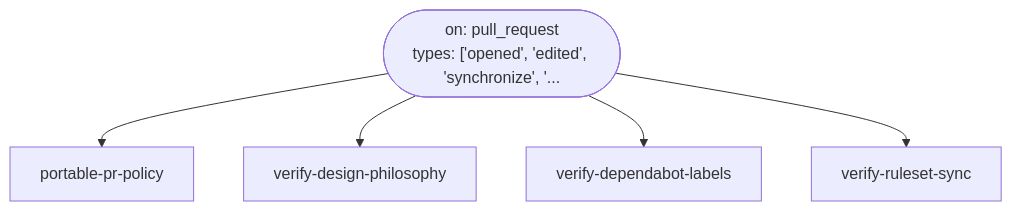
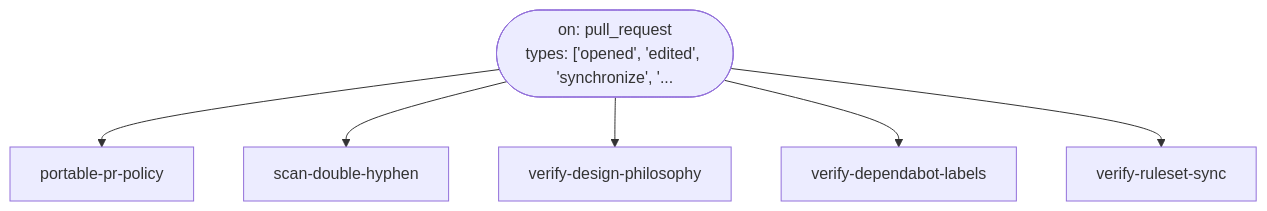
One commit to tvna/claude-md changed the diagram in docs/generated/workflows/verify-pr-if-branches.md. Above: the diagram before and after it, drawn with Mermaid. The commit also changed 1 other file, not shown here.

Commit message:
docs(generated): regenerate decision tree and workflow diagrams
Refs #960

````diff
--- a/docs/generated/workflows/verify-pr-if-branches.md
+++ b/docs/generated/workflows/verify-pr-if-branches.md
@@ -5,15 +5,17 @@
 ```mermaid
 flowchart TD
 
     T_pull_request(["on: pull_request\ntypes: ['opened', 'edited', 'synchronize', '..."])
 
     J_portable_pr_policy["portable-pr-policy"]
+    J_scan_double_hyphen["scan-double-hyphen"]
     J_verify_design_philosophy["verify-design-philosophy"]
     J_verify_dependabot_labels["verify-dependabot-labels"]
     J_verify_ruleset_sync["verify-ruleset-sync"]
 
     T_pull_request --> J_portable_pr_policy
+    T_pull_request --> J_scan_double_hyphen
     T_pull_request --> J_verify_design_philosophy
     T_pull_request --> J_verify_dependabot_labels
     T_pull_request --> J_verify_ruleset_sync
 ```
````
